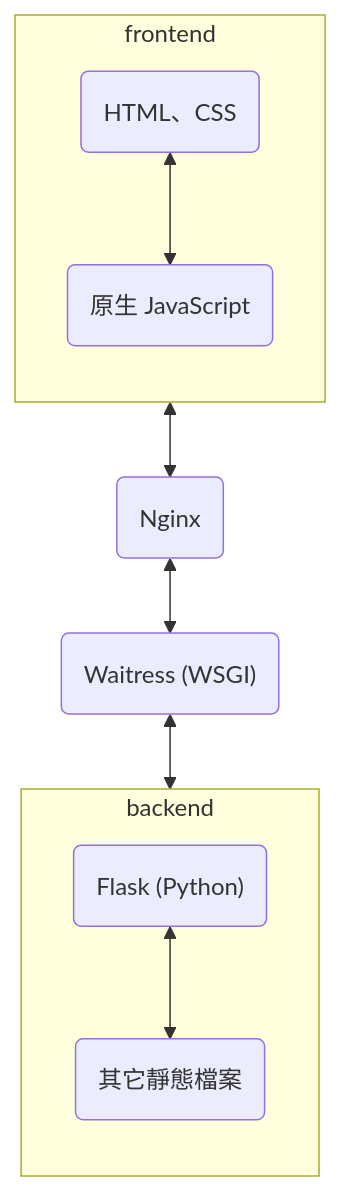
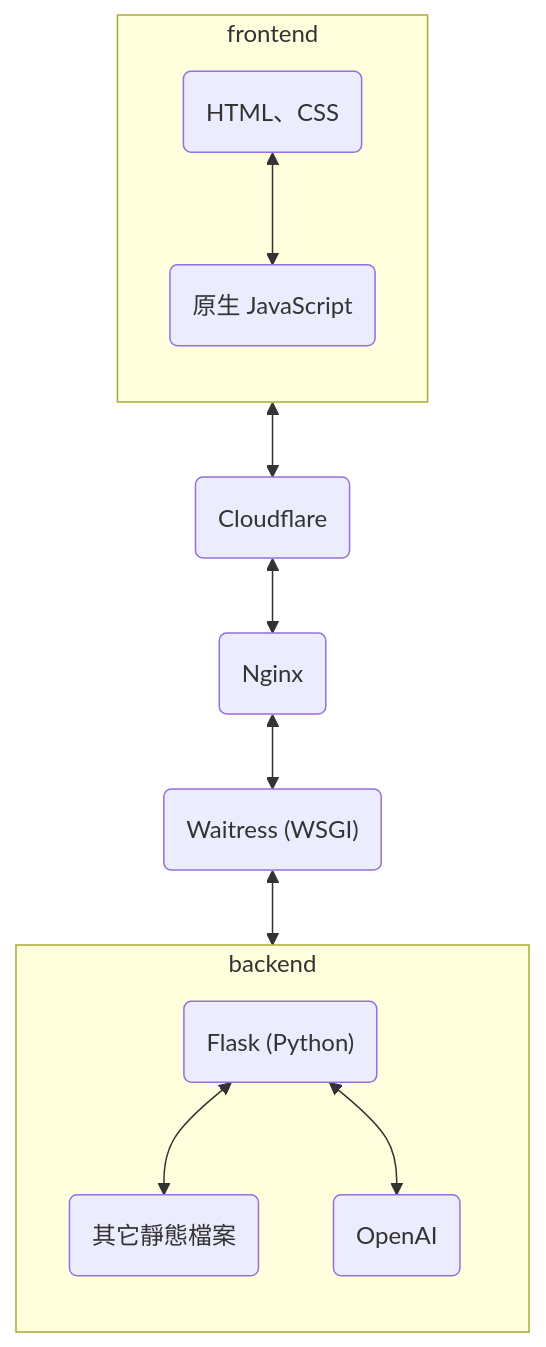
One commit to titaliu1224/titaliu1224.github.io changed the diagram in _posts/2024-01-02-christmas_project_story.md. Above: the diagram before and after it, drawn with Mermaid. The commit also changed other lines of this file and 10 other files, not shown here.

````diff
--- a/_posts/2024-01-02-christmas_project_story.md
+++ b/_posts/2024-01-02-christmas_project_story.md
@@ -108,17 +109,18 @@
 ```mermaid
 flowchart TB
 
 subgraph frontend
   direction TB
   A(HTML、CSS) <--> B(原生 JavaScript)
 end
 
-frontend <--> C(Nginx) <--> D("Waitress (WSGI)") 
+frontend <--> H(Cloudflare) <--> C(Nginx) <--> D("Waitress (WSGI)") 
 
 subgraph backend
   direction TB
   E("Flask (Python)") <--> F(其它靜態檔案)
+  E <--> G(OpenAI)
 end
 
 D <--> backend
 ```
````
